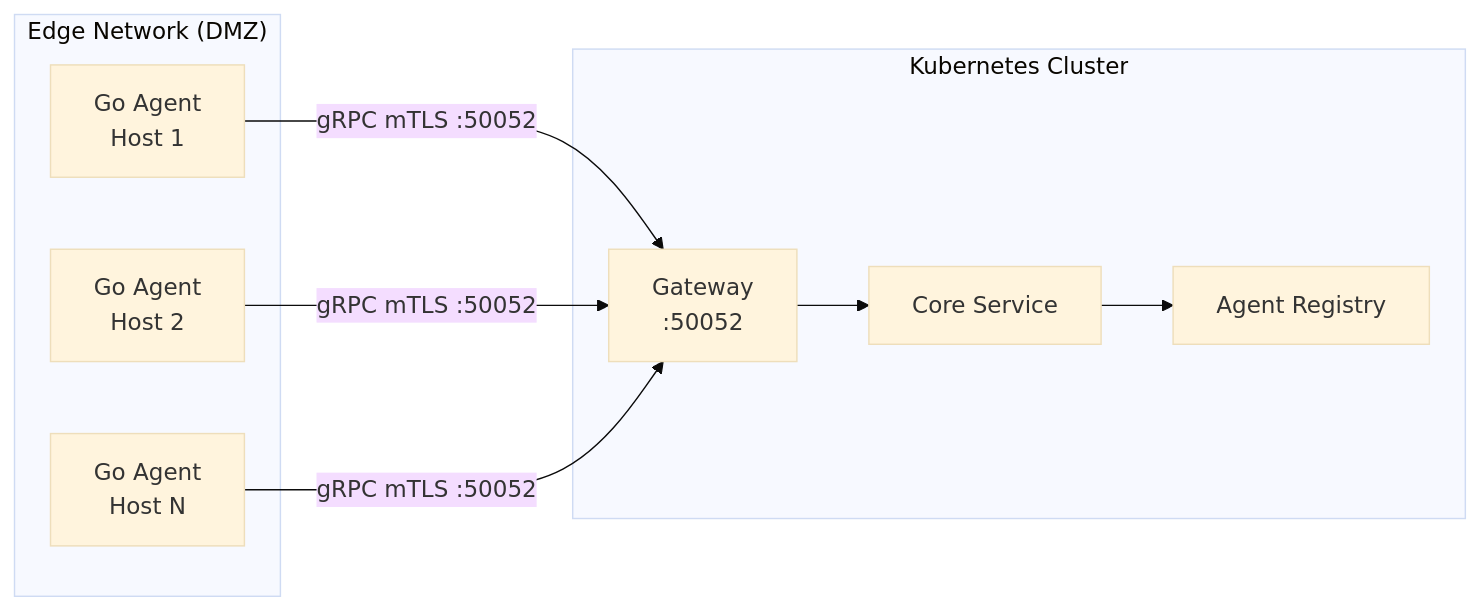
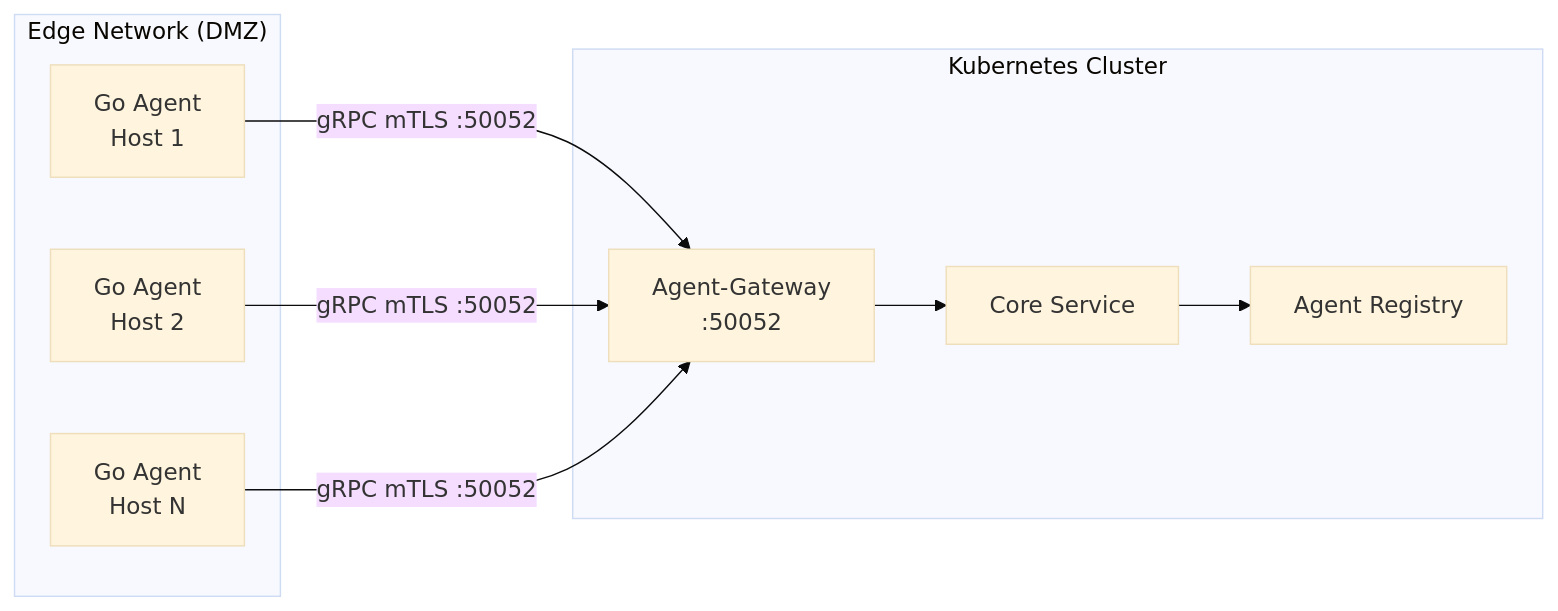
The first of 2 diagrams in docs/docs/edge-agents.md (carverauto/serviceradar), drawn with Mermaid (base theme) before and after one commit. The commit also changed other lines of this file and 21 other files, not shown here.

````diff
--- a/docs/docs/edge-agents.md
+++ b/docs/docs/edge-agents.md
@@ -12,20 +12,20 @@
 ```mermaid
 flowchart LR
     subgraph Edge["Edge Network (DMZ)"]
         GA1[Go Agent<br/>Host 1]
         GA2[Go Agent<br/>Host 2]
         GA3[Go Agent<br/>Host N]
     end
 
     subgraph Cluster["Kubernetes Cluster"]
-        GW[Gateway<br/>:50052]
+        GW[Agent-Gateway<br/>:50052]
         CORE[Core Service]
         REG[Agent Registry]
     end
 
     GA1 -->|gRPC mTLS :50052| GW
     GA2 -->|gRPC mTLS :50052| GW
     GA3 -->|gRPC mTLS :50052| GW
     GW --> CORE
     CORE --> REG
 ```
````
